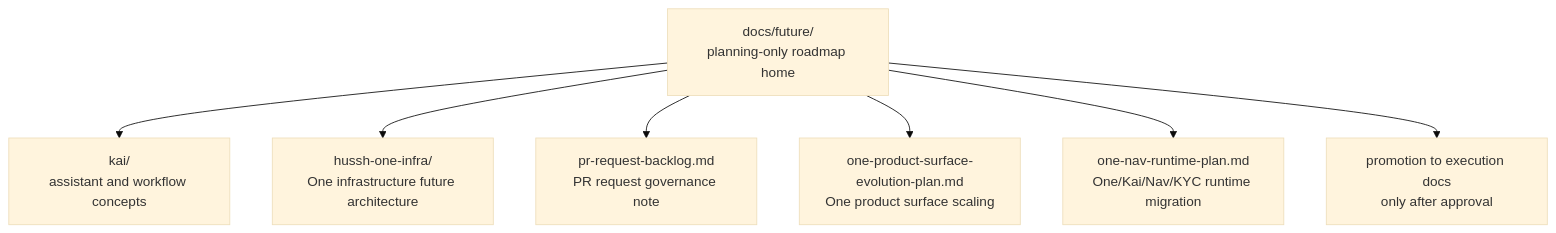
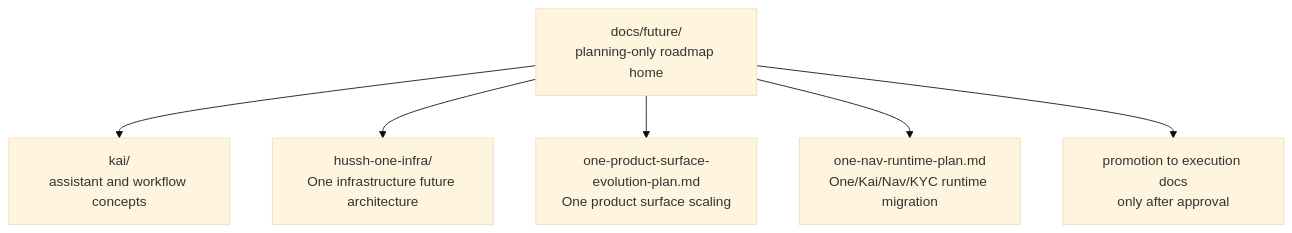
Before and after one commit to KARTHI-77/hushh-research: the diagram in docs/future/README.md, drawn with Mermaid (base theme). The commit also changed other lines of this file and 637 other files, not shown here.

````diff
--- a/docs/future/README.md
+++ b/docs/future/README.md
@@ -7,17 +7,15 @@
 ```mermaid
 flowchart TD
   root["docs/future/<br/>planning-only roadmap home"]
   kai["kai/<br/>assistant and workflow concepts"]
   oneInfra["hussh-one-infra/<br/>One infrastructure future architecture"]
-  requests["pr-request-backlog.md<br/>PR request governance note"]
   oneSurface["one-product-surface-evolution-plan.md<br/>One product surface scaling"]
   oneNav["one-nav-runtime-plan.md<br/>One/Kai/Nav/KYC runtime migration"]
   execution["promotion to execution docs<br/>only after approval"]
 
   root --> kai
   root --> oneInfra
-  root --> requests
   root --> oneSurface
   root --> oneNav
   root --> execution
 ```
````
